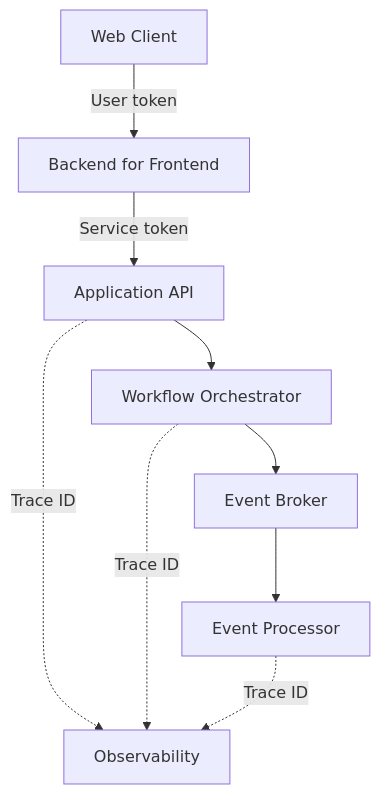
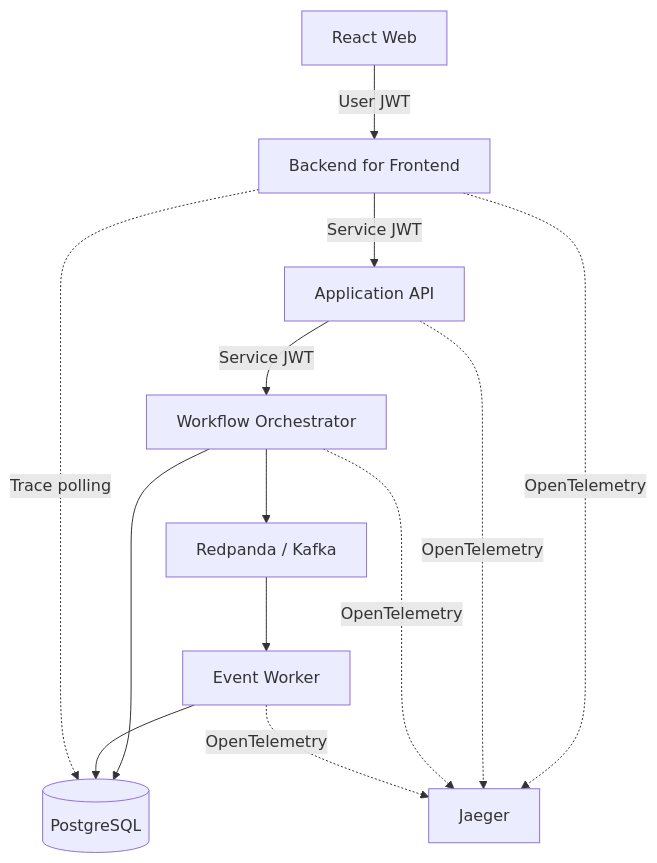
One commit to Chakradhar6304/backend-request-flow-lab changed the diagram in README.md. Above: the diagram before and after it, drawn with Mermaid. The commit also changed other lines of this file and 28 other files, not shown here.

Commit message:
Build production-style distributed request flow lab

````diff
--- a/README.md
+++ b/README.md
@@ -20,11 +9,15 @@
 ```mermaid
 flowchart TD
-    Web[Web Client] -->|User token| BFF[Backend for Frontend]
-    BFF -->|Service token| API[Application API]
-    API --> ORCH[Workflow Orchestrator]
-    ORCH --> KAFKA[Event Broker]
-    KAFKA --> WORKER[Event Processor]
-    API -. Trace ID .-> OBS[Observability]
-    ORCH -. Trace ID .-> OBS
-    WORKER -. Trace ID .-> OBS
+    Web[React Web] -->|User JWT| BFF[Backend for Frontend]
+    BFF -->|Service JWT| API[Application API]
+    API -->|Service JWT| ORCH[Workflow Orchestrator]
+    ORCH --> DB[(PostgreSQL)]
+    ORCH --> KAFKA[Redpanda / Kafka]
+    KAFKA --> WORKER[Event Worker]
+    WORKER --> DB
+    BFF -. Trace polling .-> DB
+    BFF -. OpenTelemetry .-> JAEGER[Jaeger]
+    API -. OpenTelemetry .-> JAEGER
+    ORCH -. OpenTelemetry .-> JAEGER
+    WORKER -. OpenTelemetry .-> JAEGER
 ```
````
